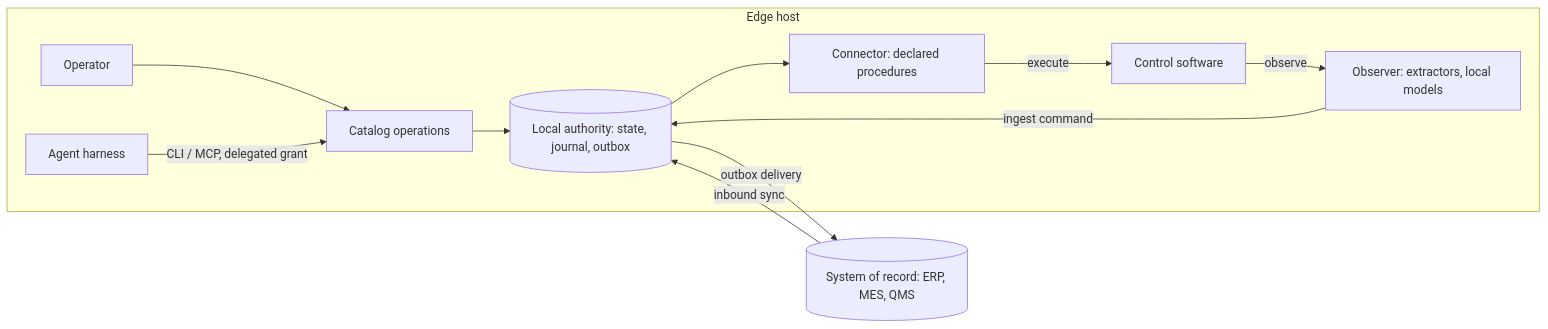
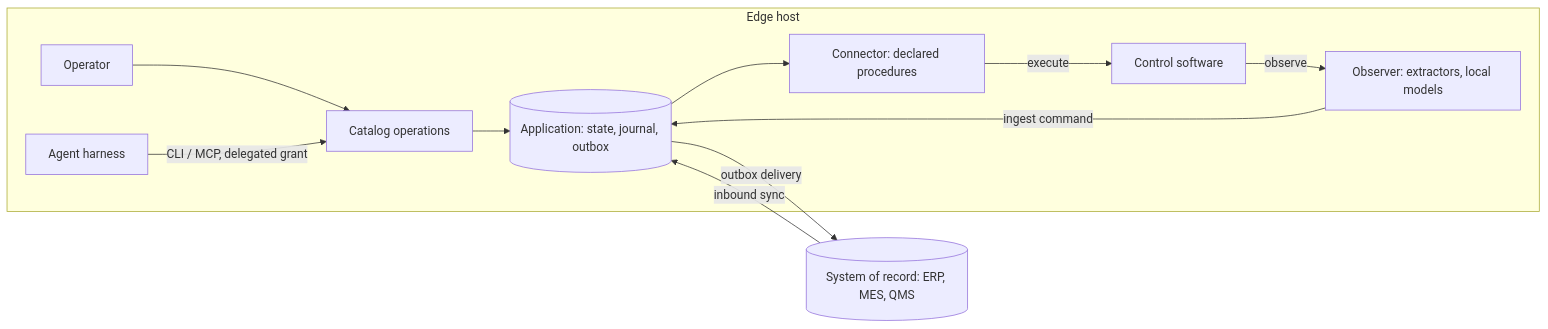
The diagram in docs/edge-applications.md (wisdomousai/tortoise), drawn with Mermaid before and after one commit. The commit also changed other lines of this file and 5 other files, not shown here.

````diff
--- a/docs/edge-applications.md
+++ b/docs/edge-applications.md
@@ -23,14 +23,14 @@
 ```mermaid
 flowchart LR
   subgraph Edge[Edge host]
     Person[Operator] --> Surfaces
     Agent[Agent harness] -->|CLI / MCP, delegated grant| Surfaces
-    Surfaces[Catalog operations] --> Authority[(Local authority: state, journal, outbox)]
-    Authority --> Connector[Connector: declared procedures]
+    Surfaces[Catalog operations] --> App[(Application: state, journal, outbox)]
+    App --> Connector[Connector: declared procedures]
     Connector -->|execute| Control[Control software]
     Control -->|observe| Observer[Observer: extractors, local models]
-    Observer -->|ingest command| Authority
+    Observer -->|ingest command| App
   end
-  Authority -->|outbox delivery| SoR[(System of record: ERP, MES, QMS)]
-  SoR -->|inbound sync| Authority
+  App -->|outbox delivery| SoR[(System of record: ERP, MES, QMS)]
+  SoR -->|inbound sync| App
 ```
````
